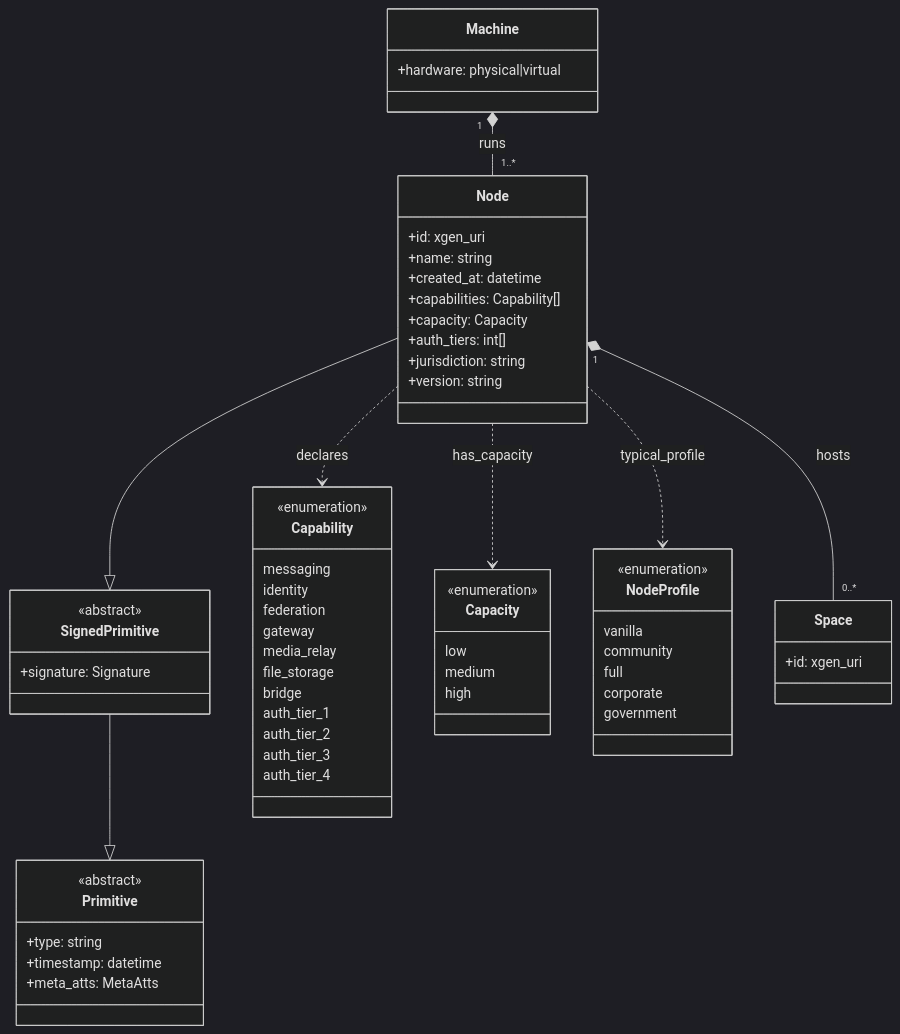
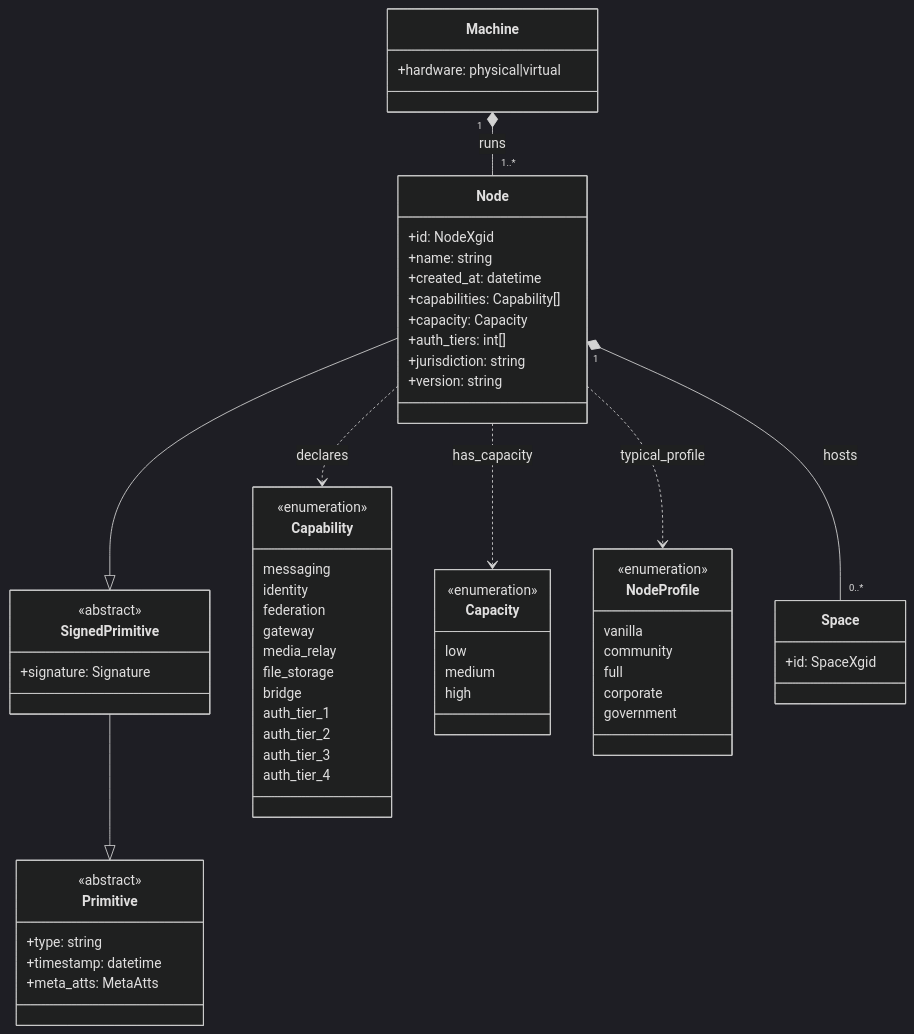
The eighth of 16 diagrams in docs/xgen_appendix_c_en.md (ianus777/XGenProtocol), drawn with Mermaid (dark theme) before and after one commit. The commit also changed other lines of this file and 1 other file, not shown here.

````diff
--- a/docs/xgen_appendix_c_en.md
+++ b/docs/xgen_appendix_c_en.md
@@ -642,67 +646,67 @@
 ```mermaid
 classDiagram
     class Primitive {
         <<abstract>>
         +type: string
         +timestamp: datetime
         +meta_atts: MetaAtts
     }
     class SignedPrimitive {
         <<abstract>>
         +signature: Signature
     }
     class Node {
-        +id: xgen_uri
+        +id: NodeXgid
         +name: string
         +created_at: datetime
         +capabilities: Capability[]
         +capacity: Capacity
         +auth_tiers: int[]
         +jurisdiction: string
         +version: string
     }
     class Capability {
         <<enumeration>>
         messaging
         identity
         federation
         gateway
         media_relay
         file_storage
         bridge
         auth_tier_1
         auth_tier_2
         auth_tier_3
         auth_tier_4
     }
     class Capacity {
         <<enumeration>>
         low
         medium
         high
     }
     class NodeProfile {
         <<enumeration>>
         vanilla
         community
         full
         corporate
         government
     }
     class Machine {
         +hardware: physical|virtual
     }
     class Space {
-        +id: xgen_uri
+        +id: SpaceXgid
     }
 
     SignedPrimitive --|> Primitive
     Node --|> SignedPrimitive
     Machine "1" *-- "1..*" Node : runs
     Node "1" *-- "0..*" Space : hosts
     Node ..> Capability : declares
     Node ..> Capacity : has_capacity
     Node ..> NodeProfile : typical_profile
     %% Note: Node federates_with other Nodes (self-reference).
     %% Omitted — Mermaid renders self-references as empty ghost boxes.
 ```
````
